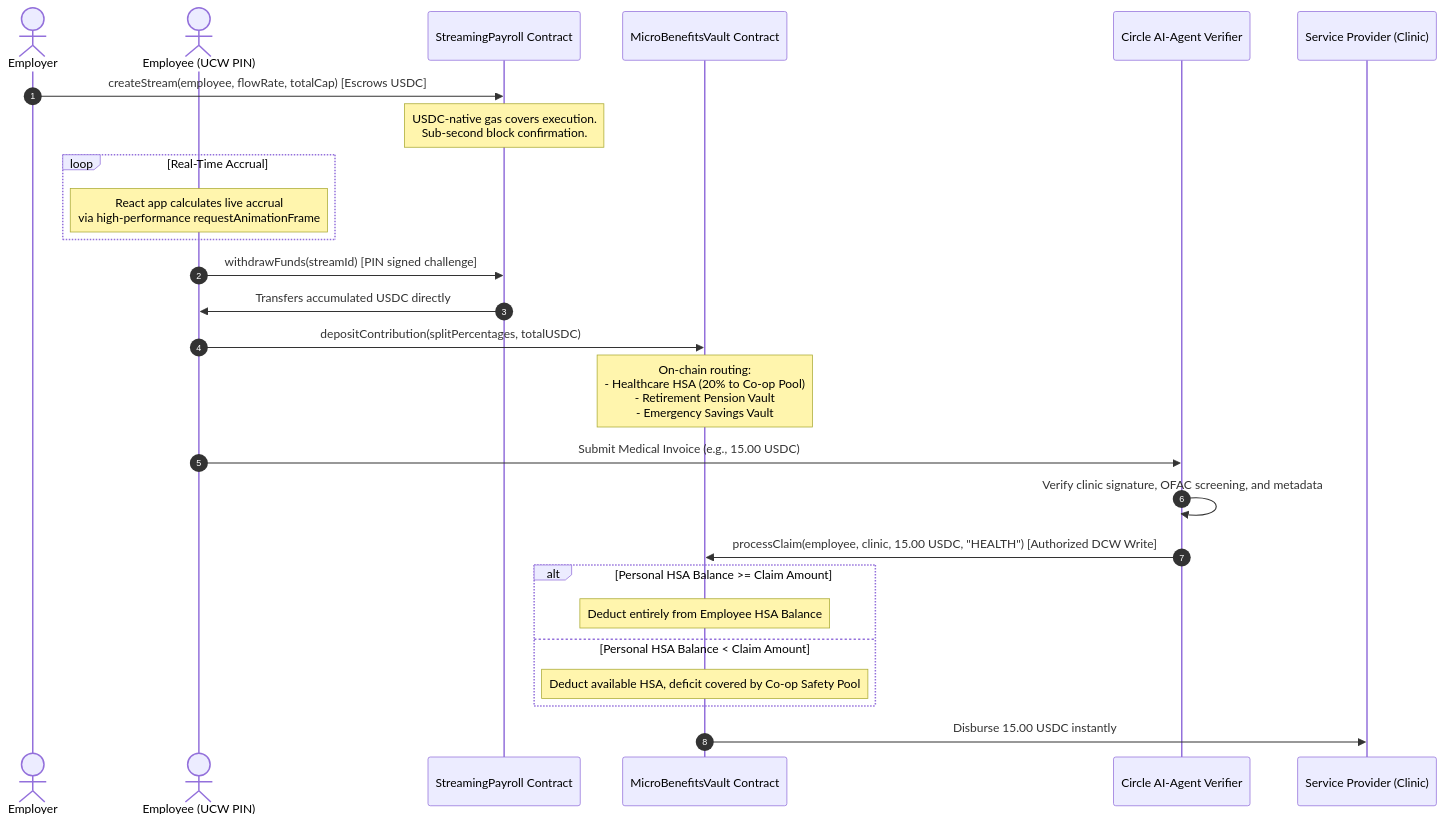
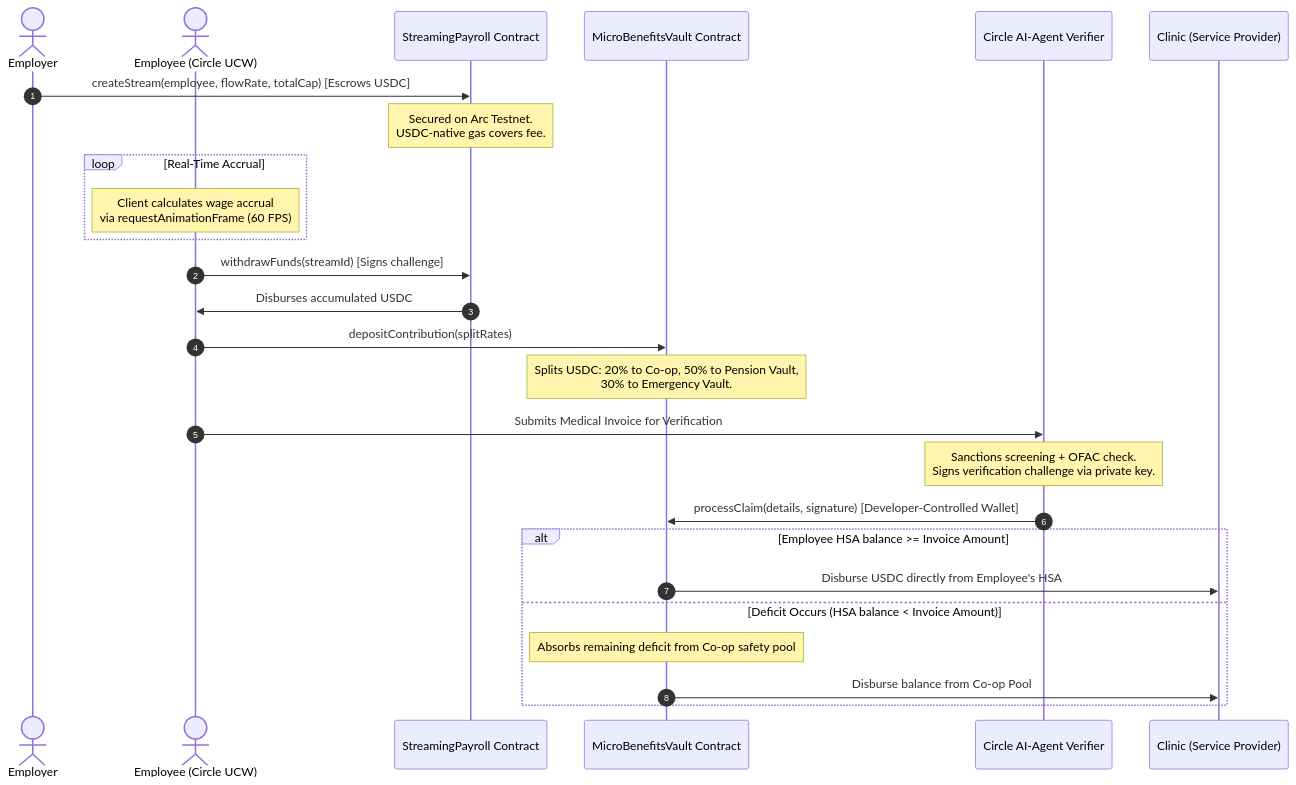
The first of 2 diagrams in README.md (miamailasol/NexaFlow), drawn with Mermaid before and after one commit. The commit also changed other lines of this file and 28 other files, not shown here.

````diff
--- a/README.md
+++ b/README.md
@@ -14,35 +104,35 @@
 ```mermaid
 sequenceDiagram
     autonumber
     actor Employer
-    actor Employee (UCW PIN)
+    actor Employee (Circle UCW)
     participant SP as StreamingPayroll Contract
     participant MB as MicroBenefitsVault Contract
     participant Agent as Circle AI-Agent Verifier
-    participant Provider as Service Provider (Clinic)
+    participant Provider as Clinic (Service Provider)
 
     Employer->>SP: createStream(employee, flowRate, totalCap) [Escrows USDC]
-    Note over SP: USDC-native gas covers execution.<br/>Sub-second block confirmation.
+    Note over SP: Secured on Arc Testnet.<br/>USDC-native gas covers fee.
     
     loop Real-Time Accrual
-        Note over Employee (UCW PIN): React app calculates live accrual<br/>via high-performance requestAnimationFrame
+        Note over Employee (Circle UCW): Client calculates wage accrual<br/>via requestAnimationFrame (60 FPS)
     end
 
-    Employee (UCW PIN)->>SP: withdrawFunds(streamId) [PIN signed challenge]
-    SP->>Employee (UCW PIN): Transfers accumulated USDC directly
+    Employee (Circle UCW)->>SP: withdrawFunds(streamId) [Signs challenge]
+    SP->>Employee (Circle UCW): Disburses accumulated USDC
     
-    Employee (UCW PIN)->>MB: depositContribution(splitPercentages, totalUSDC)
-    Note over MB: On-chain routing:<br/>- Healthcare HSA (20% to Co-op Pool)<br/>- Retirement Pension Vault<br/>- Emergency Savings Vault
-
-    Employee (UCW PIN)->>Agent: Submit Medical Invoice (e.g., 15.00 USDC)
-    Agent->>Agent: Verify clinic signature, OFAC screening, and metadata
-    Agent->>MB: processClaim(employee, clinic, 15.00 USDC, "HEALTH") [Authorized DCW Write]
+    Employee (Circle UCW)->>MB: depositContribution(splitRates)
+    Note over MB: Splits USDC: 20% to Co-op, 50% to Pension Vault,<br/>30% to Emergency Vault.
     
-    alt Personal HSA Balance >= Claim Amount
-        Note over MB: Deduct entirely from Employee HSA Balance
-    else Personal HSA Balance < Claim Amount
-        Note over MB: Deduct available HSA, deficit covered by Co-op Safety Pool
+    Employee (Circle UCW)->>Agent: Submits Medical Invoice for Verification
+    Note over Agent: Sanctions screening + OFAC check.<br/>Signs verification challenge via private key.
+    
+    Agent->>MB: processClaim(details, signature) [Developer-Controlled Wallet]
+    
+    alt Employee HSA balance >= Invoice Amount
+        MB->>Provider: Disburse USDC directly from Employee's HSA
+    else Deficit Occurs (HSA balance < Invoice Amount)
+        Note over MB: Absorbs remaining deficit from Co-op safety pool
+        MB->>Provider: Disburse balance from Co-op Pool
     end
-    
-    MB->>Provider: Disburse 15.00 USDC instantly
 ```
````
